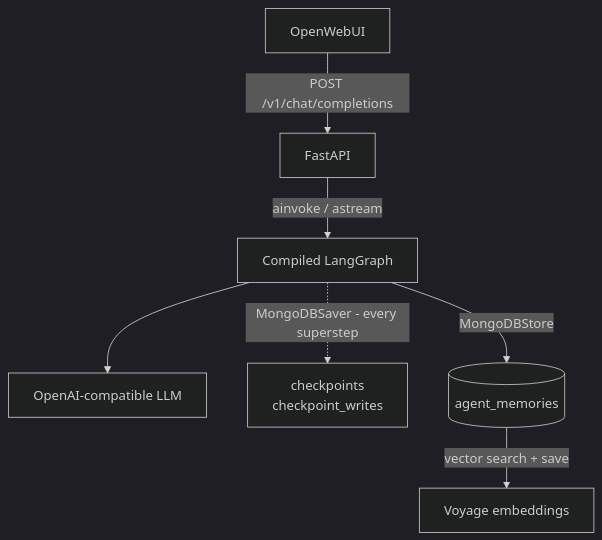
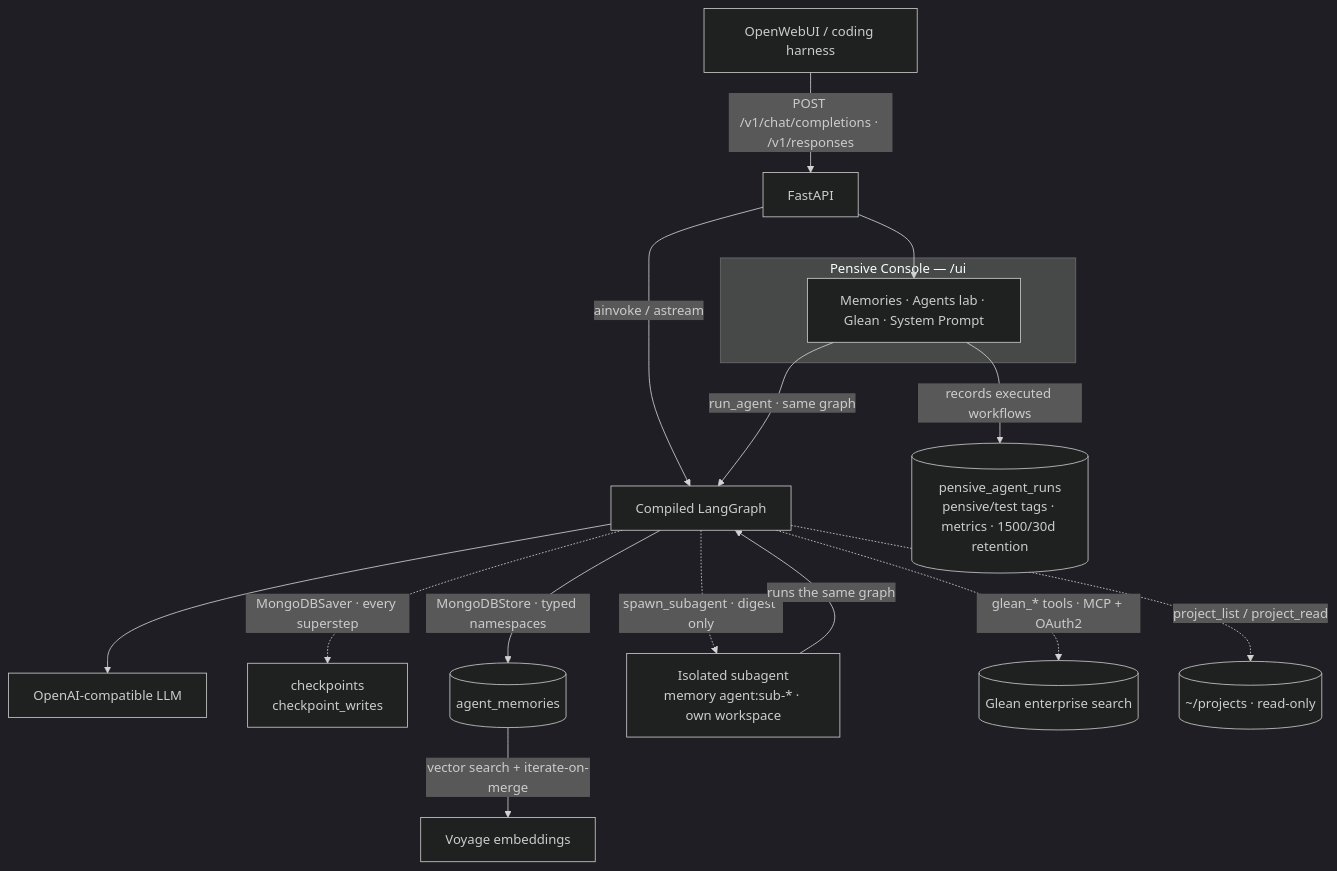
The first of 2 diagrams in README.md (newellbrandon/pensive-langchain), drawn with Mermaid (dark theme) before and after one commit. The commit also changed other lines of this file, not shown here.

First line of the commit message:
README: refresh architecture diagrams + console docs for current system

````diff
--- a/README.md
+++ b/README.md
@@ -18,9 +18,21 @@
 ```mermaid
 flowchart TD
-  owui[OpenWebUI] -->|POST /v1/chat/completions| api[FastAPI]
-  api -->|"ainvoke / astream"| lgWorkflow[Compiled LangGraph]
-  lgWorkflow --> llm[OpenAI-compatible LLM]
-  lgWorkflow -.->|"MongoDBSaver - every superstep"| mongoCP["checkpoints<br/>checkpoint_writes"]
-  lgWorkflow -->|MongoDBStore| mongoStore[(agent_memories)]
-  mongoStore -->|"vector search + save"| embed[Voyage embeddings]
+  client[OpenWebUI / coding harness] -->|"POST /v1/chat/completions · /v1/responses"| api[FastAPI]
+  api -->|"ainvoke / astream"| lg[Compiled LangGraph]
+  lg --> llm["OpenAI-compatible LLM"]
+  lg -.->|"MongoDBSaver · every superstep"| checkpoints["checkpoints<br/>checkpoint_writes"]
+  lg -->|"MongoDBStore · typed namespaces"| memories[("agent_memories")]
+  memories -->|"vector search + iterate-on-merge"| embed["Voyage embeddings"]
+
+  lg -.->|"spawn_subagent · digest only"| sub["Isolated subagent<br/>memory agent:sub-* · own workspace"]
+  sub -->|"runs the same graph"| lg
+  lg -.->|"glean_* tools · MCP + OAuth2"| glean[("Glean enterprise search")]
+  lg -.->|"project_list / project_read"| projects[("~/projects · read-only")]
+
+  subgraph console["Pensive Console — /ui"]
+    ui["Memories · Agents lab · Glean · System Prompt"]
+  end
+  ui -->|"run_agent · same graph"| lg
+  ui -->|"records executed workflows"| runs[("pensive_agent_runs<br/>pensive/test tags · metrics · 1500/30d retention")]
+  api --> ui
 ```
````
